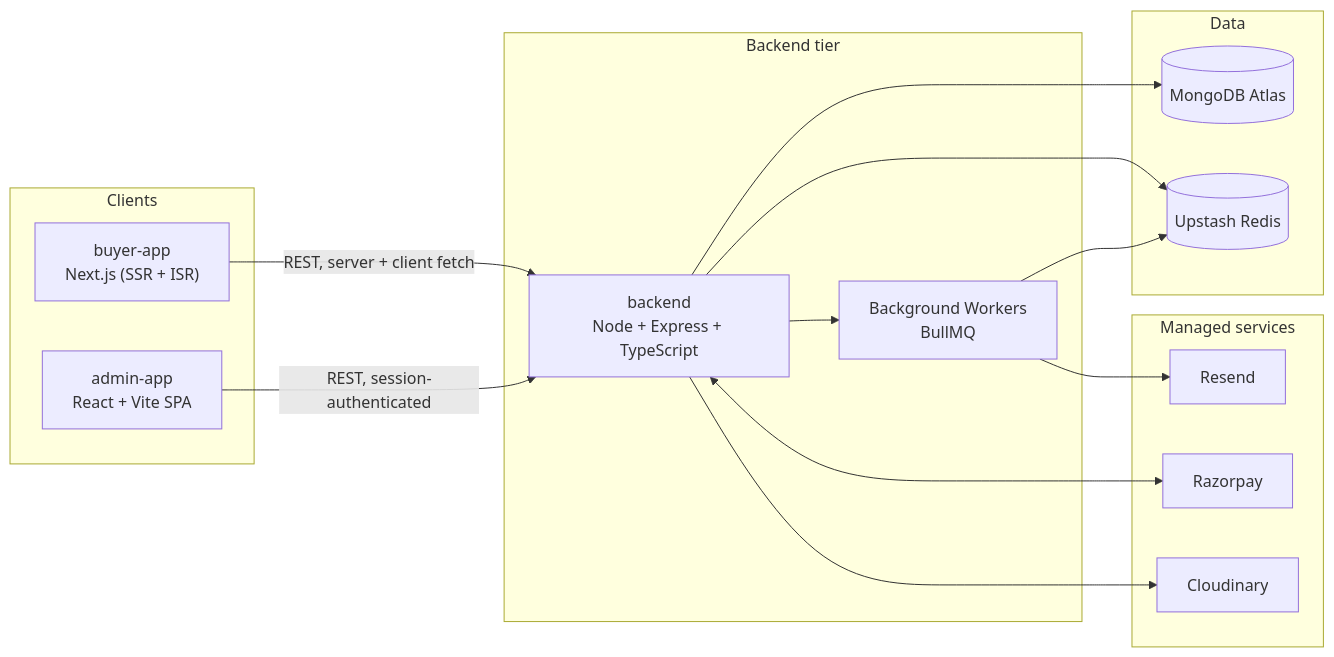
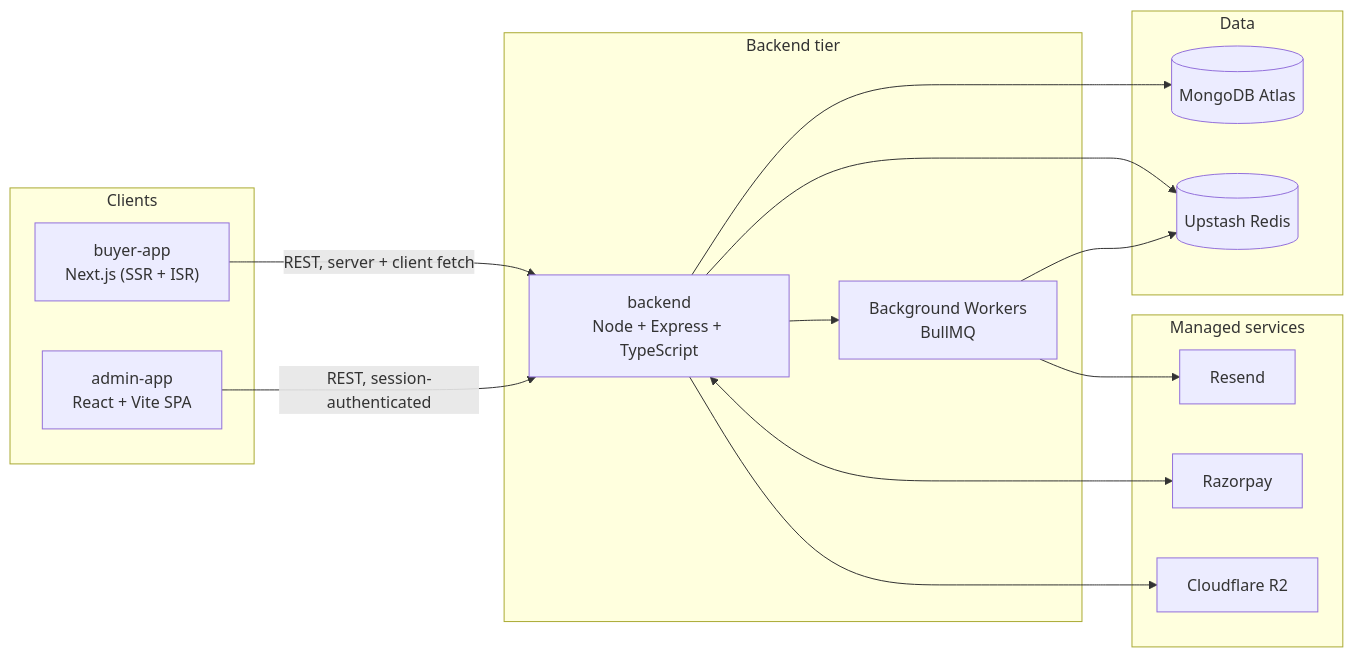
The diagram in docs/architecture.md (Pravin671231/TechCart), drawn with Mermaid before and after one commit. The commit also changed other lines of this file and 20 other files, not shown here.

````diff
--- a/docs/architecture.md
+++ b/docs/architecture.md
@@ -49,30 +50,30 @@
 ```mermaid
 flowchart LR
     subgraph Clients
         Buyer["buyer-app\nNext.js (SSR + ISR)"]
         Admin["admin-app\nReact + Vite SPA"]
     end
     subgraph Backend tier
         Backend["backend\nNode + Express + TypeScript"]
         Worker["Background Workers\nBullMQ"]
     end
     subgraph Data
         Mongo[("MongoDB Atlas")]
         Redis[("Upstash Redis")]
     end
     subgraph Managed services
         Razorpay["Razorpay"]
-        Cloudinary["Cloudinary"]
+        R2["Cloudflare R2"]
         Resend["Resend"]
     end
 
     Buyer -->|REST, server + client fetch| Backend
     Admin -->|REST, session-authenticated| Backend
     Backend --> Mongo
     Backend --> Redis
     Backend --> Worker
     Worker --> Redis
     Backend <--> Razorpay
-    Backend --> Cloudinary
+    Backend --> R2
     Worker --> Resend
 ```
````
